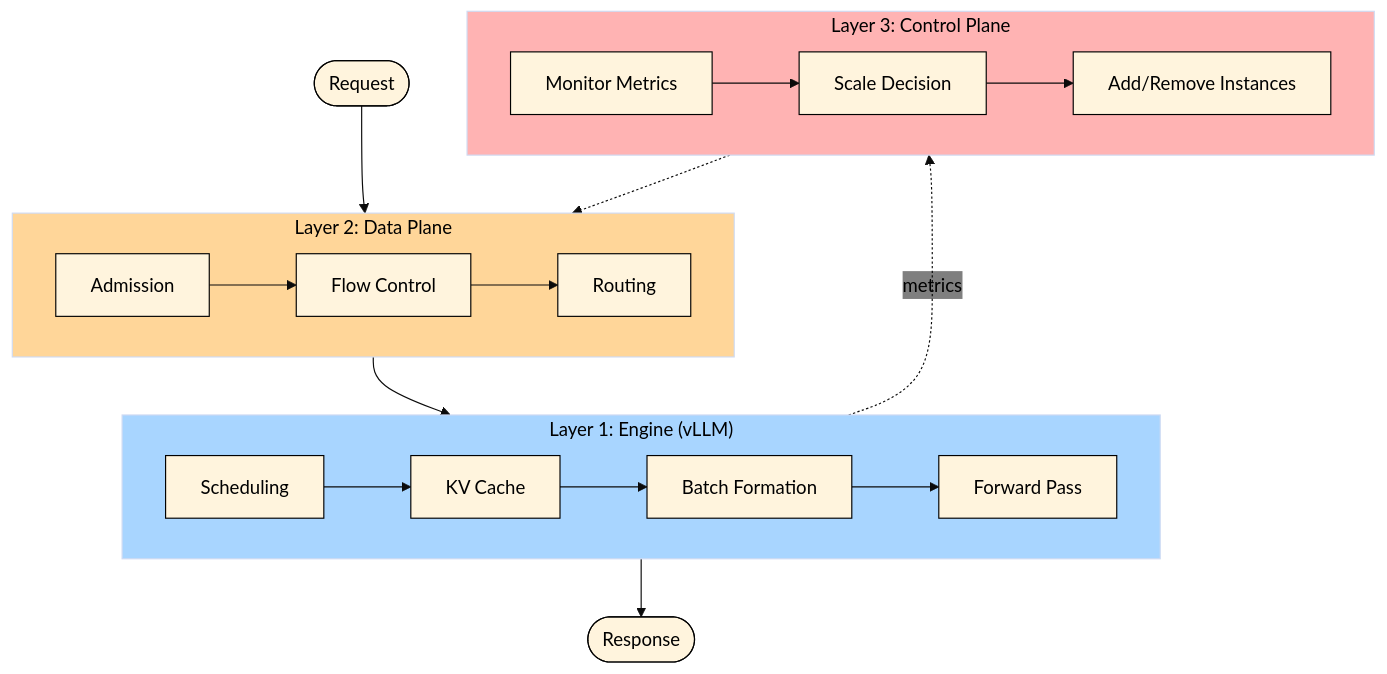
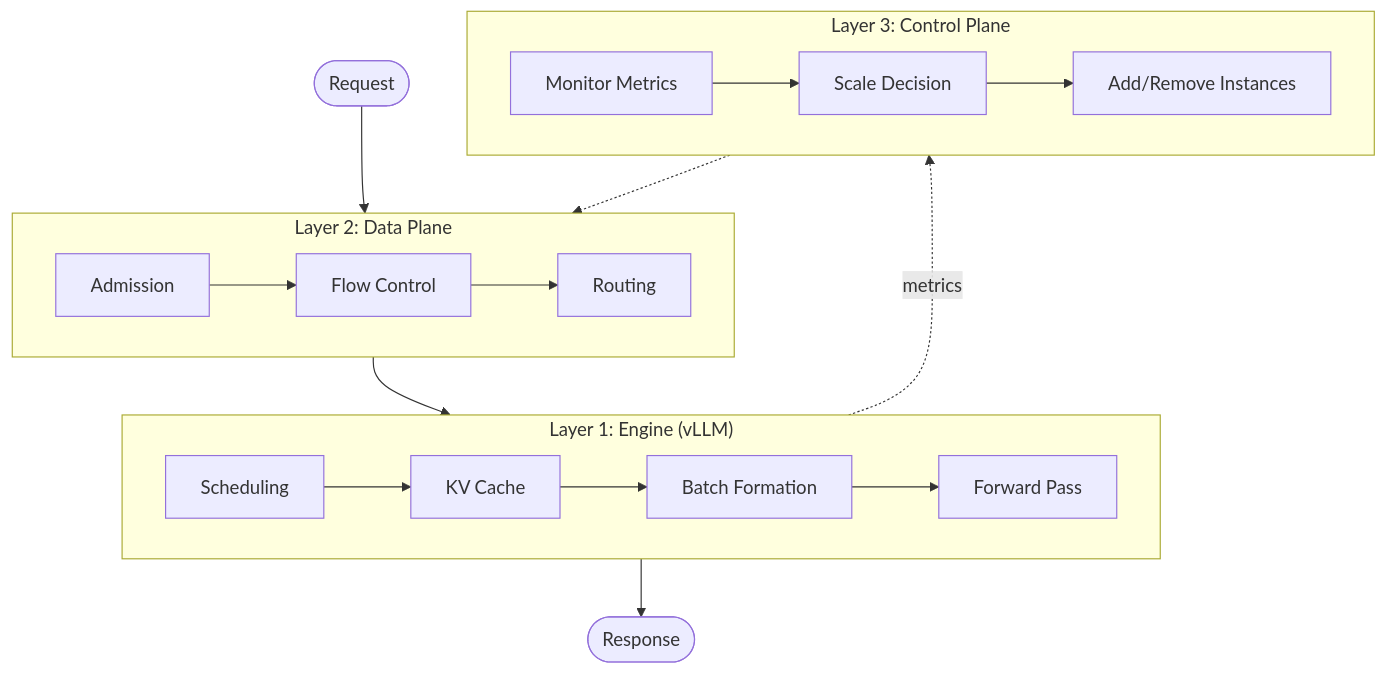
Before and after one commit to inference-sim/inference-sim: the first of 2 diagrams in docs/blog/posts/building-trust-physics-of-simulation.md, drawn with Mermaid. The commit also changed other lines of this file, not shown here.

First line of the commit message:
docs(blog): rewrite Layer 2 with concise data plane orchestration

````diff
--- a/docs/blog/posts/building-trust-physics-of-simulation.md
+++ b/docs/blog/posts/building-trust-physics-of-simulation.md
@@ -48,35 +48,30 @@
 ```mermaid
-%%{init: {'theme':'base', 'themeVariables': {'primaryTextColor':'#000','secondaryTextColor':'#000','tertiaryTextColor':'#000','textColor':'#000','labelTextColor':'#000','nodeTextColor':'#000','edgeLabelBackground':'transparent','clusterBkg':'#a8d5ff','altBackground':'#ffd699','titleColor':'#000','nodeBorder':'#000'}}}%%
 flowchart TB
     subgraph Layer1["Layer 1: Engine (vLLM)"]
         Sched[Scheduling]
         KV[KV Cache]
         Batch[Batch Formation]
         Step[Forward Pass]
         Sched --> KV --> Batch --> Step
     end
 
     subgraph Layer2["Layer 2: Data Plane"]
         Admit[Admission]
         Route[Routing]
         Flow[Flow Control]
         Admit --> Flow --> Route
     end
 
     subgraph Layer3["Layer 3: Control Plane"]
         Monitor[Monitor Metrics]
         Decide[Scale Decision]
         Actuate[Add/Remove Instances]
         Monitor --> Decide --> Actuate
     end
 
     Request([Request]) --> Layer2
     Layer2 --> Layer1
     Layer1 --> Response([Response])
     Layer3 -.-> Layer2
     Layer1 -.->|metrics| Layer3
-
-    style Layer1 fill:#a8d5ff
-    style Layer2 fill:#ffd699
-    style Layer3 fill:#ffb3b3
 ```
````
